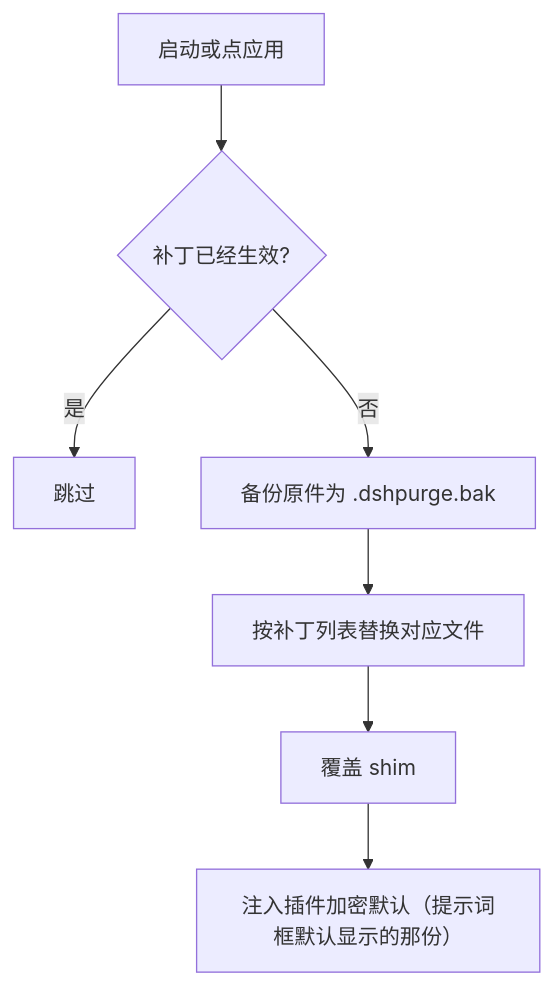
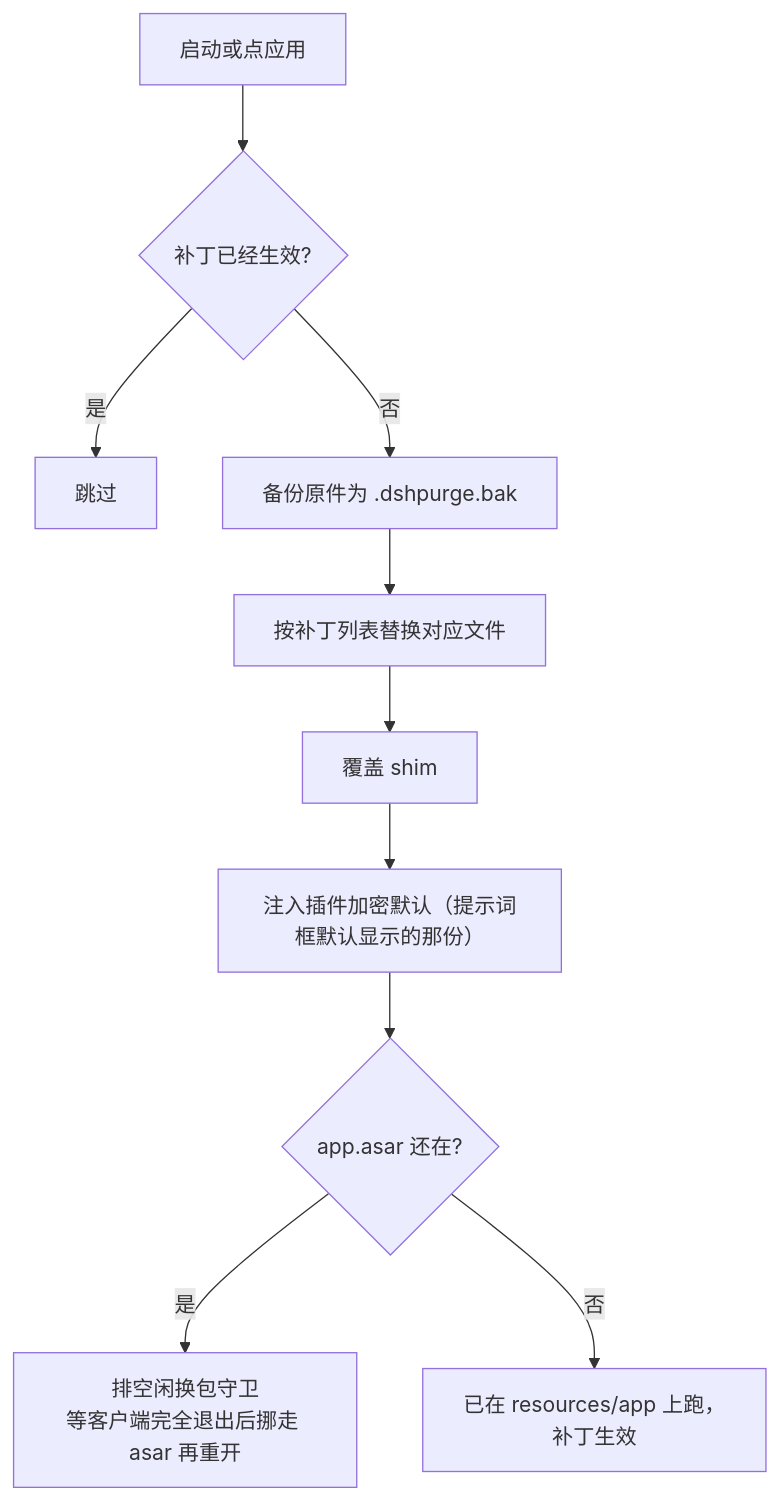
Before and after one commit to Luckinchan7/dsh-purge-022: the first of 4 diagrams in README.zh-CN.md, drawn with Mermaid. The commit also changed other lines of this file and 4 other files, not shown here.

````diff
--- a/README.zh-CN.md
+++ b/README.zh-CN.md
@@ -609,9 +587,12 @@
 ```mermaid
 flowchart TD
   A["启动或点应用"] --> B{"补丁已经生效?"}
   B -->|是| C["跳过"]
   B -->|否| D["备份原件为 .dshpurge.bak"]
   D --> E["按补丁列表替换对应文件"]
   E --> F["覆盖 shim"]
   F --> G["注入插件加密默认（提示词框默认显示的那份）"]
+  G --> H{"app.asar 还在?"}
+  H -->|是| I["排空闲换包守卫<br/>等客户端完全退出后挪走 asar 再重开"]
+  H -->|否| J["已在 resources/app 上跑，补丁生效"]
 ```
````
